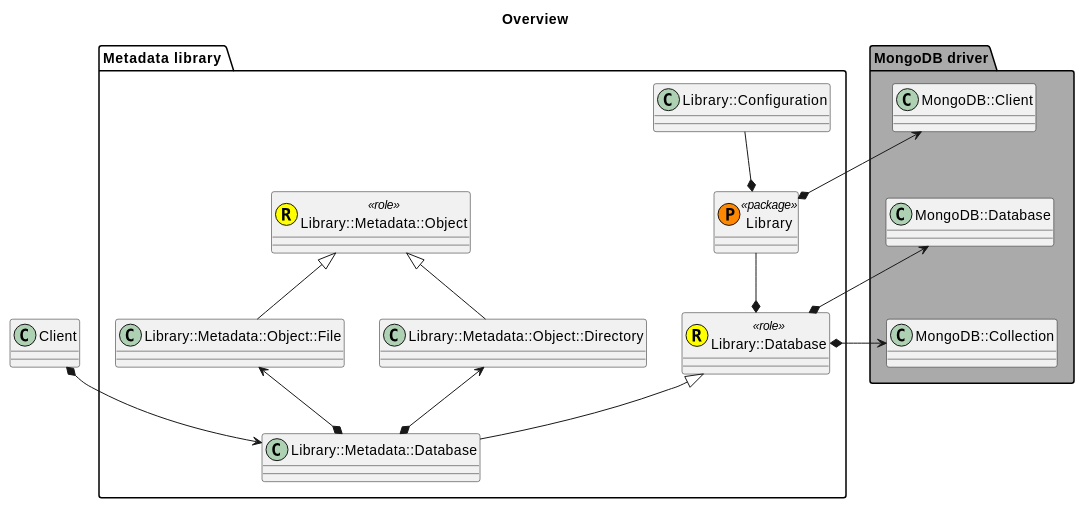
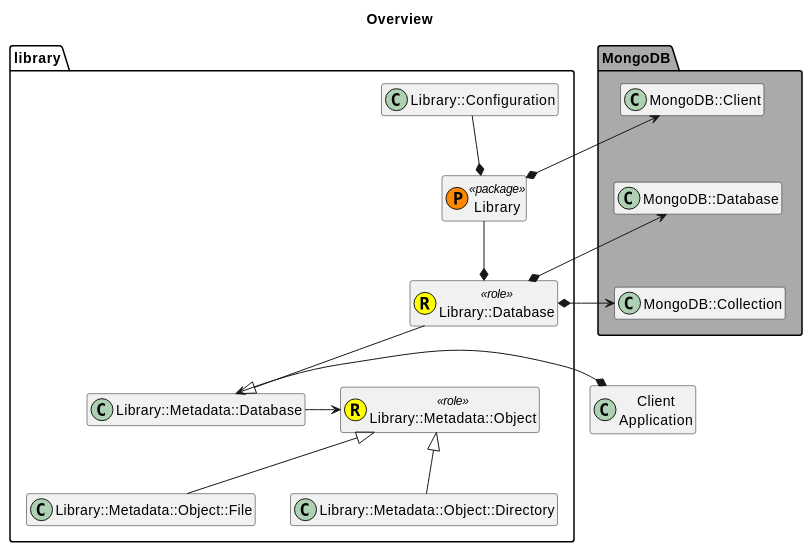
One commit to MARTIMM/Library changed the third of 3 diagrams in doc/requirements.md. Above: the diagram before and after it, drawn with PlantUML.

````diff
--- a/doc/requirements.md
+++ b/doc/requirements.md
@@ -311,43 +311,43 @@
 ```plantuml
 
 title Overview
 
-class Client
+hide members
+class Client as "Client\nApplication"
 
-package "MongoDB driver" #AAAAAA {
-  '  set namespaceSeparator ::
+package MongoDB #AAAAAA {
+  'set namespaceSeparator ::
   class MC as "MongoDB::Client"
   class MDB as "MongoDB::Database"
   class MCL as "MongoDB::Collection"
 
   MC -[hidden]- MDB
   MDB -[hidden]- MCL
 }
 
-package "Metadata library " #FFFFFF {
+package library #FFFFFF {
 
   class L as "Library" << (P,#FF8800) package >>
   class LC as "Library::Configuration"
   class LD as "Library::Database" << (R,#FFFF00) role >>
   class LMD as "Library::Metadata::Database"
   class Obj as "Library::Metadata::Object" << (R,#FFFF00) role >>
   class OTF as "Library::Metadata::Object::File"
   class OTD as "Library::Metadata::Object::Directory"
 
   MC <--* L
   LC --* L
 
   L --* LD
   MDB <-right-* LD
   MCL <-right-* LD
 
-  LMD <-up-* Client
-  LD <|-- LMD
+  Client *-> LMD
+  LD --|> LMD
 
-  OTF <--* LMD
-  OTD <--* LMD
+  LMD -> Obj
   Obj <|-- OTF
   Obj <|-- OTD
 }
 
 ```
````
